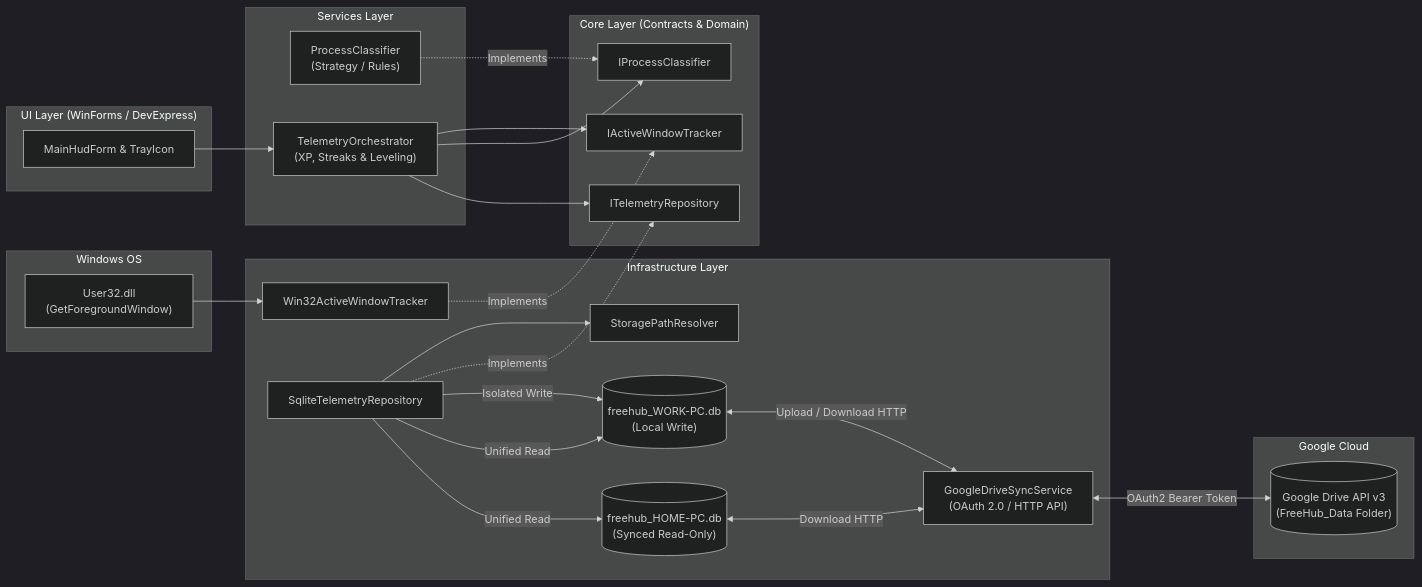
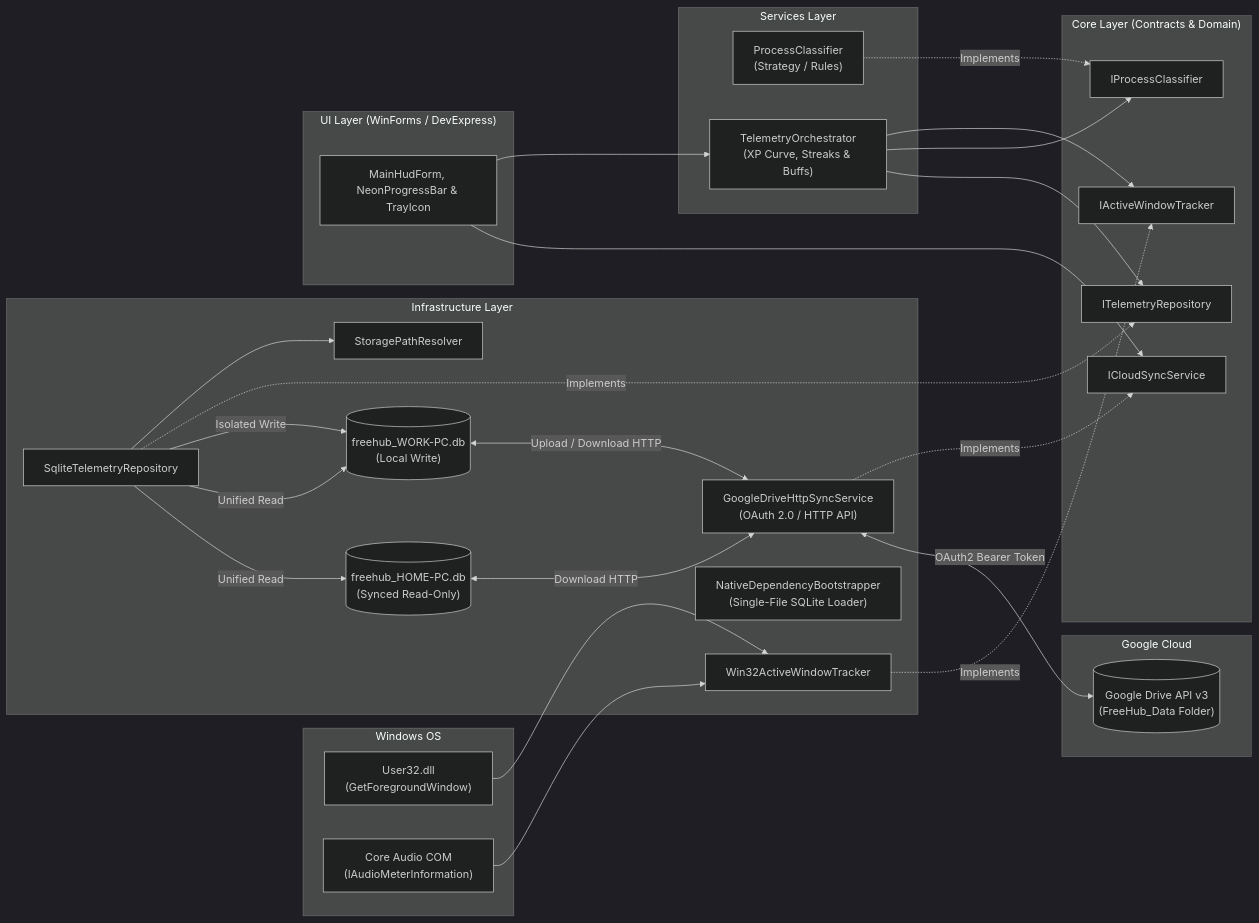
The diagram in README.md (NortonPSouza/CSharp-free-hub), drawn with Mermaid (dark theme) before and after one commit. The commit also changed other lines of this file and 6 other files, not shown here.

Commit message:
feat(ui): add animated gradient NeonProgressBar, active-first dark grid, and update README

````diff
--- a/README.md
+++ b/README.md
@@ -51,50 +57,56 @@
 ```mermaid
 flowchart LR
     subgraph OS["Windows OS"]
         W32["User32.dll\n(GetForegroundWindow)"]
+        AUDIO["Core Audio COM\n(IAudioMeterInformation)"]
     end
 
     subgraph Infra["Infrastructure Layer"]
         WT["Win32ActiveWindowTracker"]
         PATH["StoragePathResolver"]
         REPO["SqliteTelemetryRepository"]
-        SYNC["GoogleDriveSyncService\n(OAuth 2.0 / HTTP API)"]
+        SYNC["GoogleDriveHttpSyncService\n(OAuth 2.0 / HTTP API)"]
+        BOOT["NativeDependencyBootstrapper\n(Single-File SQLite Loader)"]
         DB1[("freehub_WORK-PC.db\n(Local Write)")]
         DB2[("freehub_HOME-PC.db\n(Synced Read-Only)")]
     end
 
     subgraph Cloud["Google Cloud"]
         GDRIVE[("Google Drive API v3\n(FreeHub_Data Folder)")]
     end
 
     subgraph Core["Core Layer (Contracts & Domain)"]
         IWT["IActiveWindowTracker"]
         IPC["IProcessClassifier"]
         IREPO["ITelemetryRepository"]
+        ISYNC["ICloudSyncService"]
     end
 
     subgraph Services["Services Layer"]
         PC["ProcessClassifier\n(Strategy / Rules)"]
-        ORCH["TelemetryOrchestrator\n(XP, Streaks & Leveling)"]
+        ORCH["TelemetryOrchestrator\n(XP Curve, Streaks & Buffs)"]
     end
 
     subgraph UI["UI Layer (WinForms / DevExpress)"]
-        HUD["MainHudForm & TrayIcon"]
+        HUD["MainHudForm, NeonProgressBar & TrayIcon"]
     end
 
     W32 --> WT
+    AUDIO --> WT
     WT -.->|Implements| IWT
     REPO --> PATH
     REPO -.->|Implements| IREPO
+    SYNC -.->|Implements| ISYNC
     REPO -->|Isolated Write| DB1
     REPO -->|Unified Read| DB1
     REPO -->|Unified Read| DB2
     DB1 <-->|Upload / Download HTTP| SYNC
     DB2 <-->|Download HTTP| SYNC
     SYNC <-->|OAuth2 Bearer Token| GDRIVE
     PC -.->|Implements| IPC
     ORCH --> IWT
     ORCH --> IPC
     ORCH --> IREPO
     HUD --> ORCH
+    HUD --> ISYNC
 ```
````
